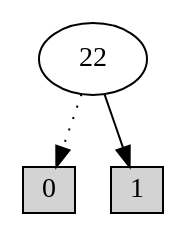
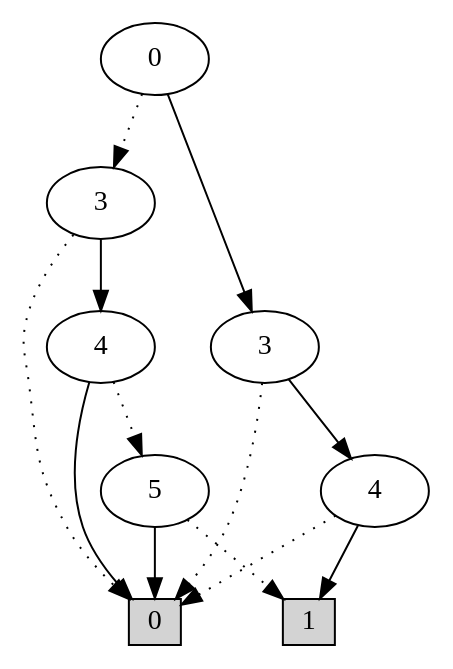
One commit to MieskeB/2IMF25 changed the diagram in ass6/res/circuit06/U100_opt.dot. Above: the diagram before and after it, drawn with Graphviz. The commit also changed 830 other files, not shown here.

```diff
--- a/ass6/res/circuit06/U100_opt.dot
+++ b/ass6/res/circuit06/U100_opt.dot
@@ -1,7 +1,22 @@
 digraph G {
 0 [shape=box, label="0", style=filled, shape=box, height=0.3, width=0.3];
 1 [shape=box, label="1", style=filled, shape=box, height=0.3, width=0.3];
-46 [label="22"];
-46 -> 0 [style=dotted];
-46 -> 1 [style=filled];
+284 [label="0"];
+284 -> 206 [style=dotted];
+284 -> 279 [style=filled];
+206 [label="3"];
+206 -> 0 [style=dotted];
+206 -> 204 [style=filled];
+204 [label="4"];
+204 -> 13 [style=dotted];
+204 -> 0 [style=filled];
+13 [label="5"];
+13 -> 1 [style=dotted];
+13 -> 0 [style=filled];
+279 [label="3"];
+279 -> 0 [style=dotted];
+279 -> 10 [style=filled];
+10 [label="4"];
+10 -> 0 [style=dotted];
+10 -> 1 [style=filled];
 }
```
